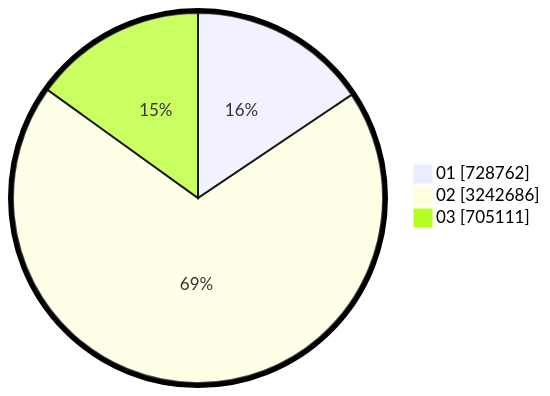
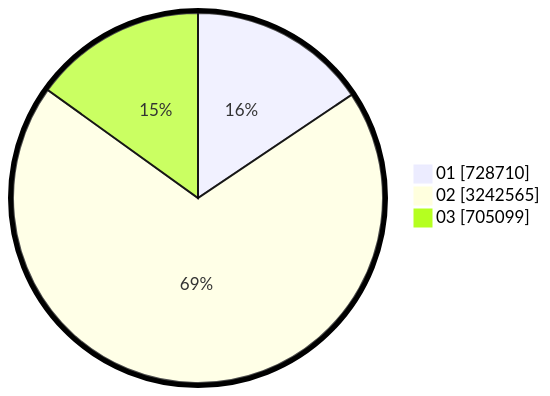
The second of 2 diagrams in pilpres/hitung-suara/sub/table-wilayah-18.md (gigit-pemilu/pemilu-2024), drawn with Mermaid before and after one commit. The commit also changed other lines of this file and 10 other files, not shown here.

````diff
--- a/pilpres/hitung-suara/sub/table-wilayah-18.md
+++ b/pilpres/hitung-suara/sub/table-wilayah-18.md
@@ -15,7 +15,7 @@
 ```mermaid
 %%{init: {"pie": {"textPosition": 0.5}, "themeVariables": {"pieOuterStrokeWidth": "5px"}} }%%
 pie showData
-    "01" : 728762
-    "02" : 3242686
-    "03" : 705111
+    "01" : 728710
+    "02" : 3242565
+    "03" : 705099
 ```
````
